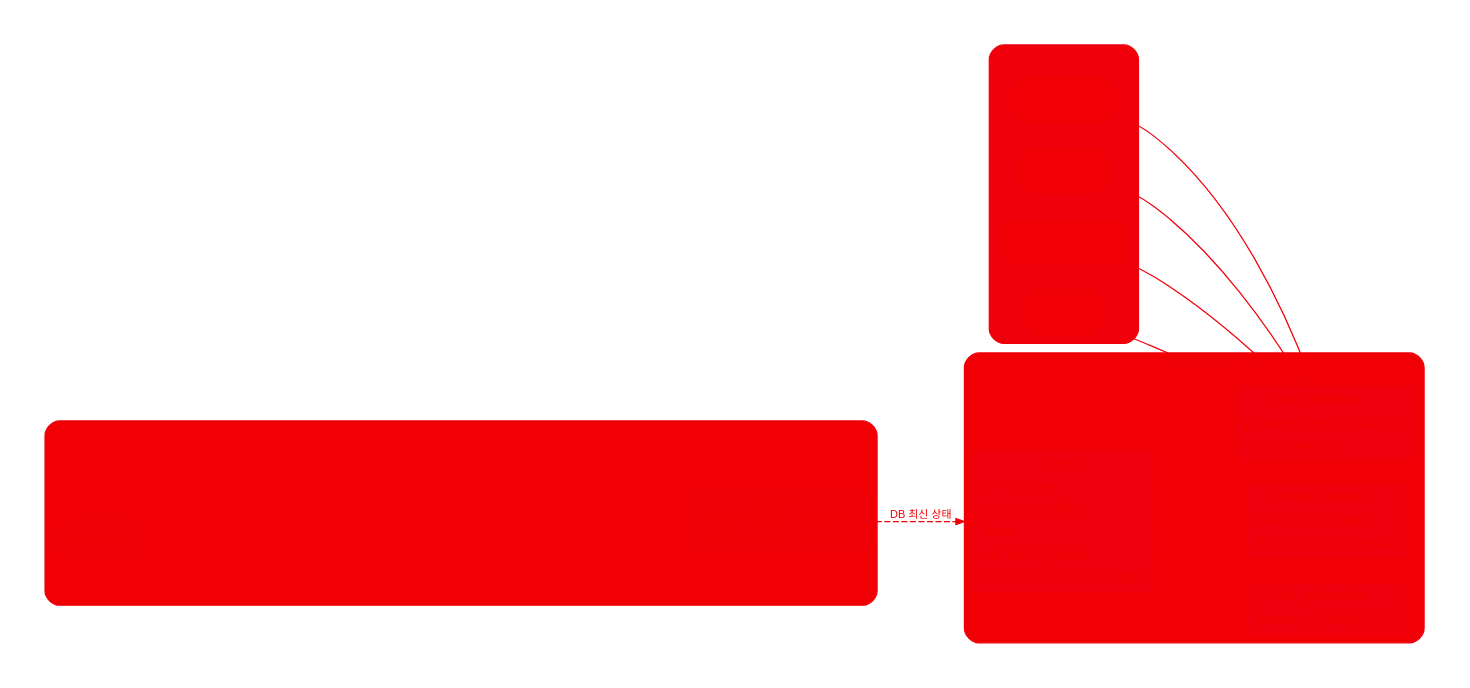
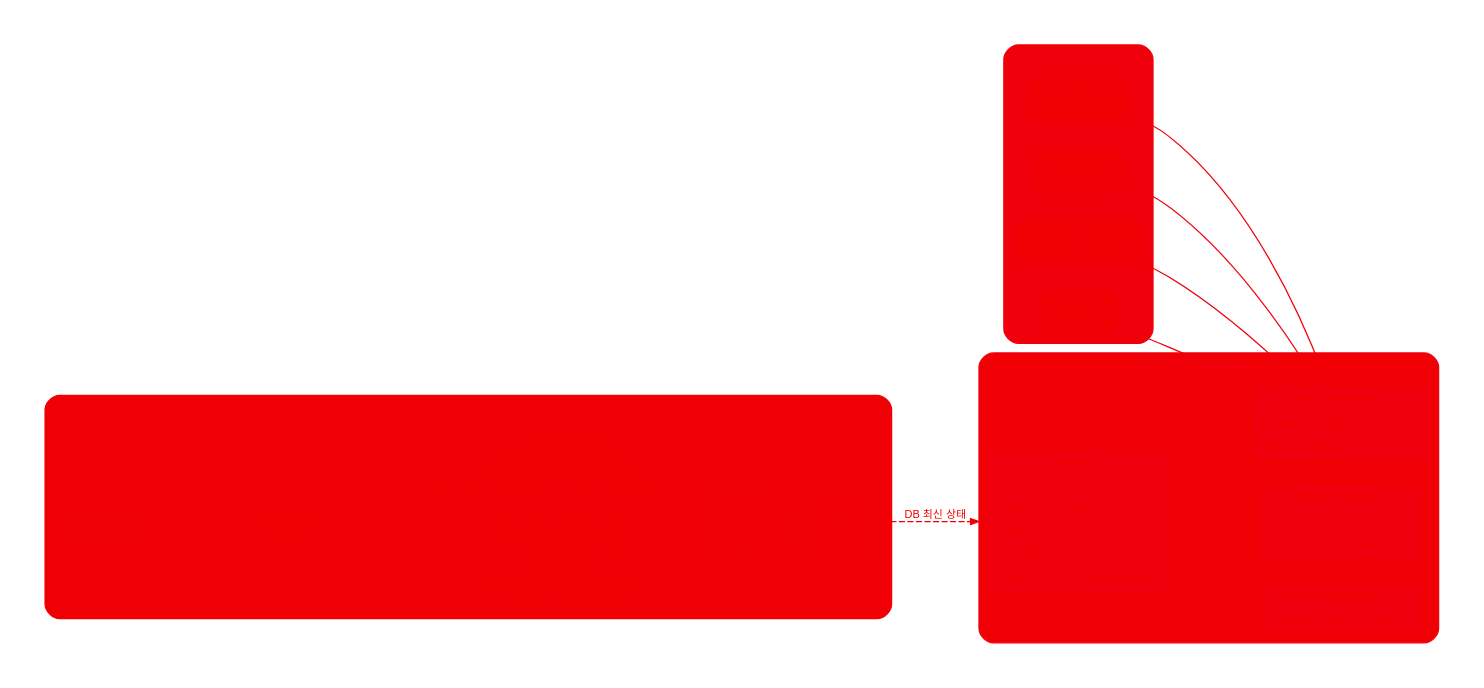
One commit to coralstay-archive/react-next-spring-postgresql-terraform-aws changed the diagram in diagrams/auth-model.dot. Above: the diagram before and after it, drawn with Graphviz. The commit also changed 3 other files, not shown here.

First line of the commit message:
docs(TASK-24): 인증 경계 정리를 docs/api.md·인증 모델 다이어그램에 반영

```diff
--- a/diagrams/auth-model.dot
+++ b/diagrams/auth-model.dot
@@ -1,67 +1,67 @@
 // alt: 인증 모델 — users 1:N user_identities(provider, subject), local_credentials·refresh_tokens, 요청은 Bearer JWT 와 SESSION 쿠키(+CSRF) 중 하나로 인증된 뒤 공통 인가 필터를 지난다
 digraph auth_model {
   graph [rankdir=LR, fontname="Helvetica", fontsize=11, fontcolor="#f00001", nodesep=0.3, ranksep=0.5, pad=0.3, compound=true]
   node  [shape=box, style="rounded,filled", fontname="Helvetica", fontsize=10, fontcolor="#f00001", color="#f00003", fillcolor="#f00004", penwidth=1.2, margin="0.12,0.06"]
   edge  [fontname="Helvetica", fontsize=9, fontcolor="#f00002", color="#f00003", arrowsize=0.7]
 
   subgraph cluster_model {
     label="계정 모델 (decision-4, 8)"; style="rounded,filled"; color="#f0000c"; fillcolor="#f00005"; fontcolor="#f0000c"
     users [shape=plain, label=<
       <table border="1" cellborder="0" cellspacing="0" cellpadding="4" color="#f0000c" bgcolor="#f0000d">
         <tr><td><b>users</b></td></tr>
         <tr><td align="left">id · nickname</td></tr>
         <tr><td align="left">email (표시·연락용)</td></tr>
         <tr><td align="left">phone</td></tr>
         <tr><td align="left">role USER | ADMIN</td></tr>
         <tr><td align="left">status ACTIVE | SUSPENDED</td></tr>
       </table>>]
     identities [shape=plain, label=<
       <table border="1" cellborder="0" cellspacing="0" cellpadding="4" color="#f0000c" bgcolor="#f0000d">
         <tr><td><b>user_identities</b></td></tr>
         <tr><td align="left">provider · subject (UNIQUE)</td></tr>
         <tr><td align="left">email · linked_at</td></tr>
       </table>>]
     creds [shape=plain, label=<
       <table border="1" cellborder="0" cellspacing="0" cellpadding="4" color="#f0000c" bgcolor="#f0000d">
         <tr><td><b>local_credentials</b></td></tr>
         <tr><td align="left">password_hash (BCrypt)</td></tr>
       </table>>]
     refresh [shape=plain, label=<
       <table border="1" cellborder="0" cellspacing="0" cellpadding="4" color="#f0000c" bgcolor="#f0000d">
         <tr><td><b>refresh_tokens</b></td></tr>
         <tr><td align="left">SHA-256 해시 · family</td></tr>
         <tr><td align="left">회전 · 재사용 시 family 폐기</td></tr>
       </table>>]
     users -> identities [label="1 : N", arrowhead=crow]
     users -> creds [label="1 : 0..1", arrowhead=teeodot]
     users -> refresh [label="1 : N", arrowhead=crow]
   }
 
   subgraph cluster_providers {
     label="provider"; style="rounded,filled"; color="#f0000a"; fillcolor="#f0000b"; fontcolor="#f0000a"
     p_local [label="LOCAL\n이메일·비밀번호"]
     p_phone [label="PHONE\nE.164 · OTP"]
     p_social [label="GOOGLE · GITHUB\nNAVER · KAKAO"]
     p_cognito [label="COGNITO\nOIDC"]
   }
   p_local -> identities [color="#f0000a"]
   p_phone -> identities [color="#f0000a"]
   p_social -> identities [color="#f0000a"]
   p_cognito -> identities [color="#f0000a"]
 
   subgraph cluster_chain {
     label="요청 하나 = 보안 체인 하나 (decision-5)"; style="rounded,filled"; color="#f00006"; fillcolor="#f00005"; fontcolor="#f00006"
     req [label="요청 /api/**", color="#f00006", fillcolor="#f00007"]
     has_bearer [label="Authorization:\nBearer ?", shape=diamond, style="filled", fillcolor="#f00004"]
-    jwt [label="JWT 검증 (HS256, 15분)\n세션 읽지도 쓰지도 않음\nCSRF 면제\n틀리면 401"]
-    session [label="SESSION 쿠키\nSpring Session JDBC\n쓰기는 X-XSRF-TOKEN 필요"]
-    authz [label="공통 인가\nSUSPENDED → 쓰기 403\nstep-up 제한 → 쓰기 403\n@PreAuthorize · ownership", color="#f00006", fillcolor="#f00007"]
+    jwt [label="JWT 검증 (HS256, 15분)\n세션 읽지도 쓰지도 않음\nCSRF 면제\n틀리면 401\n(만료만 됐으면 refresh·logout·\n공개 GET 은 익명으로)"]
+    session [label="SESSION 쿠키\nSpring Session JDBC\n쓰기는 X-XSRF-TOKEN 필요\n역직렬화 실패 → 세션 삭제·익명"]
+    authz [label="공통 인가\n역할·상태는 요청마다 DB 값\nSUSPENDED → 쓰기 403\nstep-up 제한 → 쓰기 403\n(로그아웃·로그인 계열 제외)\n@PreAuthorize · ownership", color="#f00006", fillcolor="#f00007"]
     req -> has_bearer
     has_bearer -> jwt [label="예"]
     has_bearer -> session [label="아니오"]
     jwt -> authz
     session -> authz
   }
 
   authz -> users [label="DB 최신 상태", style=dashed, lhead=cluster_model]
 }
```
